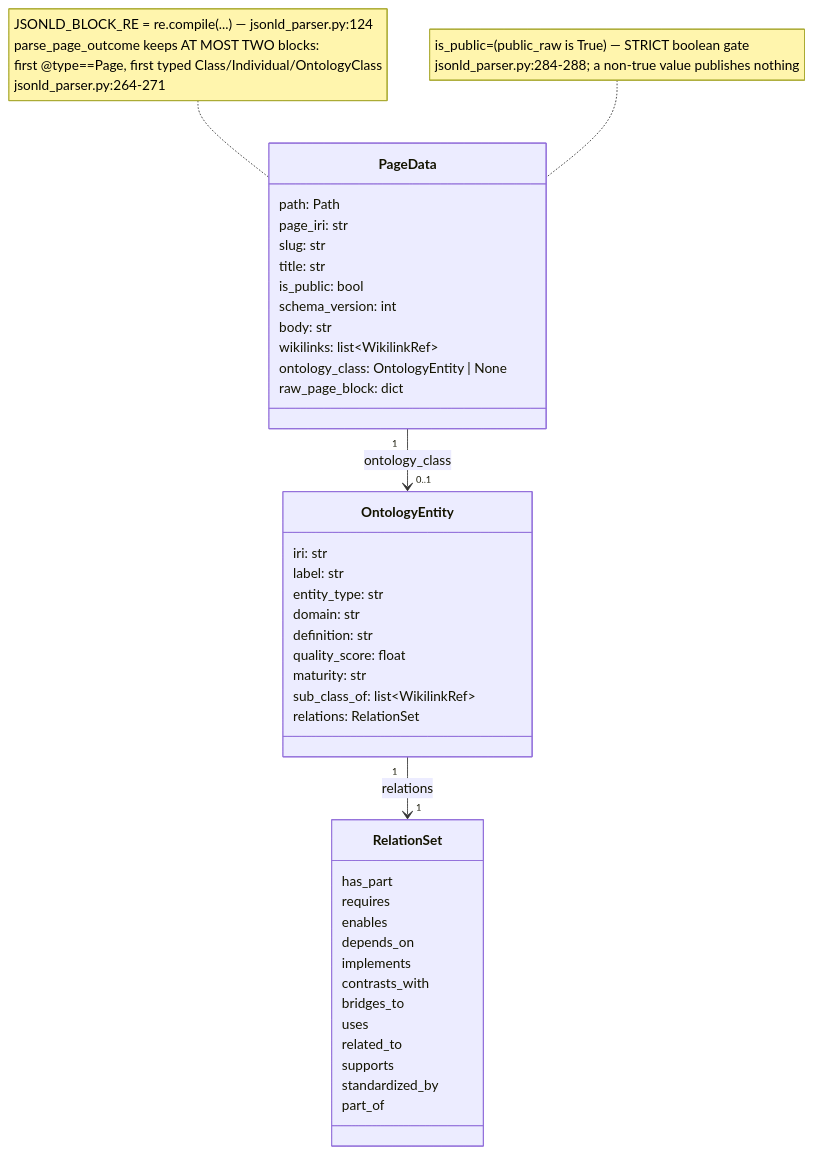
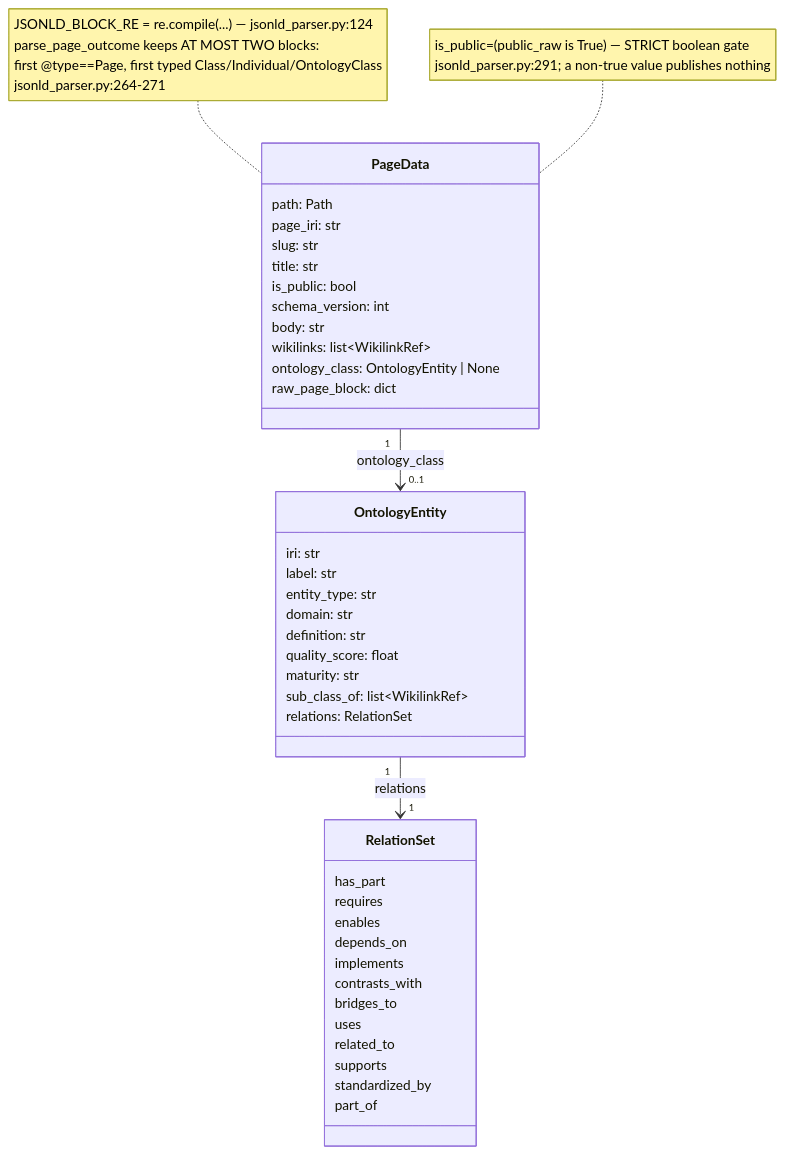
The third of 6 diagrams in docs/diagrams/knowledgegraph/02-corpus-to-ontology-pipeline.md (DreamLab-AI/VisionFlow), drawn with Mermaid before and after one commit. The commit also changed other lines of this file and 52 other files, not shown here.

First line of the commit message:
docs(diagrams): wave 3 checkpoint — bare line refs resolved, revision-pinned cite-check, VC-05/AB-01..13 re-attested

````diff
--- a/docs/diagrams/knowledgegraph/02-corpus-to-ontology-pipeline.md
+++ b/docs/diagrams/knowledgegraph/02-corpus-to-ontology-pipeline.md
@@ -86,44 +61,44 @@
 ```mermaid
 classDiagram
     class PageData {
         path: Path
         page_iri: str
         slug: str
         title: str
         is_public: bool
         schema_version: int
         body: str
         wikilinks: list~WikilinkRef~
         ontology_class: OntologyEntity | None
         raw_page_block: dict
     }
     class OntologyEntity {
         iri: str
         label: str
         entity_type: str
         domain: str
         definition: str
         quality_score: float
         maturity: str
         sub_class_of: list~WikilinkRef~
         relations: RelationSet
     }
     class RelationSet {
         has_part
         requires
         enables
         depends_on
         implements
         contrasts_with
         bridges_to
         uses
         related_to
         supports
         standardized_by
         part_of
     }
     PageData "1" --> "0..1" OntologyEntity : ontology_class
     OntologyEntity "1" --> "1" RelationSet : relations
     note for PageData "JSONLD_BLOCK_RE = re.compile(...) — jsonld_parser.py:124<br/>parse_page_outcome keeps AT MOST TWO blocks:<br/>first @type==Page, first typed Class/Individual/OntologyClass<br/>jsonld_parser.py:264-271"
-    note for PageData "is_public=(public_raw is True) — STRICT boolean gate<br/>jsonld_parser.py:284-288; a non-true value publishes nothing"
+    note for PageData "is_public=(public_raw is True) — STRICT boolean gate<br/>jsonld_parser.py:291; a non-true value publishes nothing"
 ```
````
